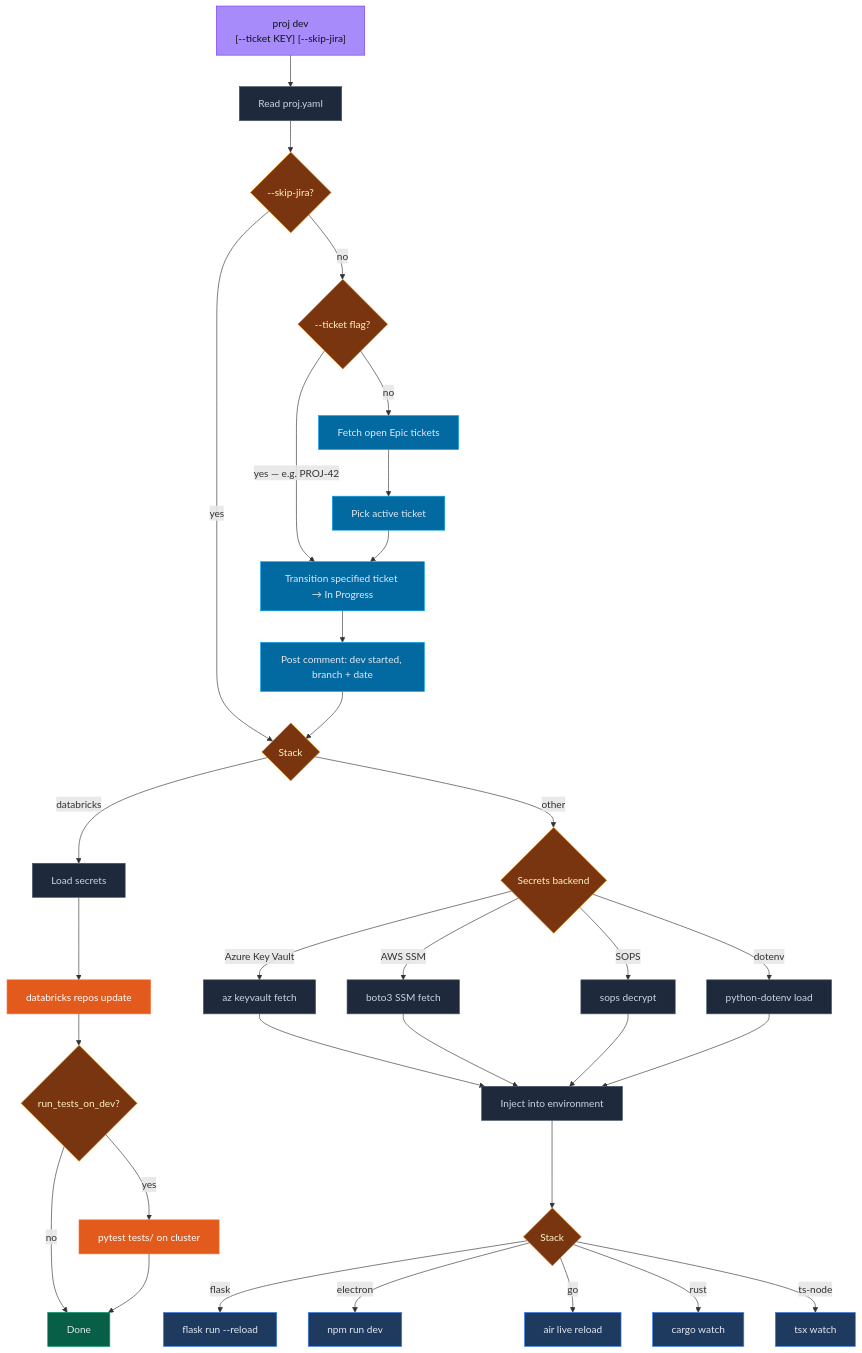
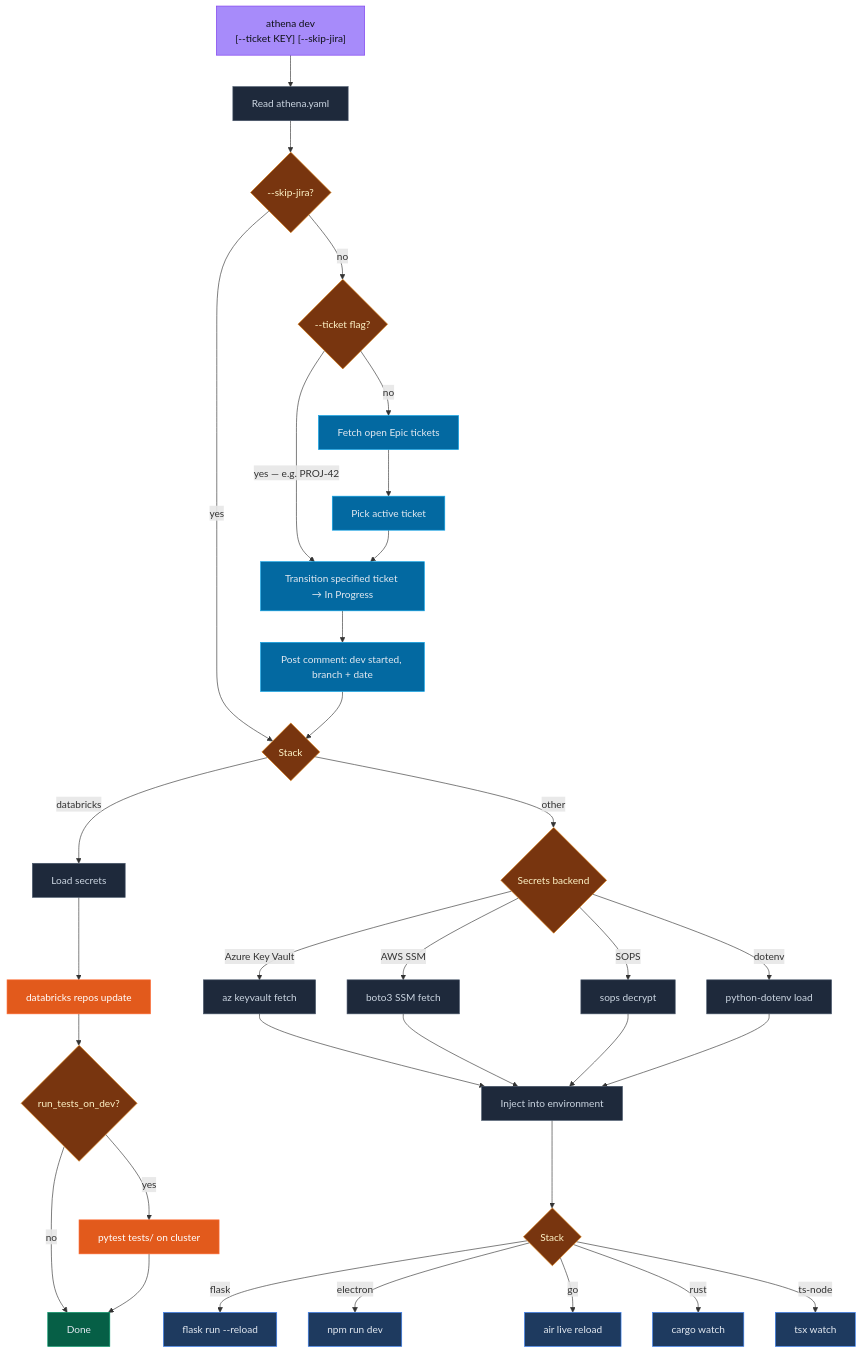
Before and after one commit to erosrage/Athena: the fourth of 7 diagrams in README.md, drawn with Mermaid. The commit also changed other lines of this file and 23 other files, not shown here.

````diff
--- a/README.md
+++ b/README.md
@@ -125,40 +125,40 @@
 ```mermaid
 flowchart TD
-    A["proj dev\n[--ticket KEY] [--skip-jira]"]:::entry
-    A --> B["Read proj.yaml"]:::action
+    A["athena dev\n[--ticket KEY] [--skip-jira]"]:::entry
+    A --> B["Read athena.yaml"]:::action
     B --> SJ{"--skip-jira?"}:::decision
     SJ -->|"yes"| ST
     SJ -->|"no"| TK{"--ticket flag?"}:::decision
     TK -->|"yes — e.g. PROJ-42"| JI["Transition specified ticket → In Progress"]:::jira
     TK -->|"no"| JT["Fetch open Epic tickets"]:::jira
     JT --> JP["Pick active ticket"]:::jira
     JP --> JI
     JI --> JIC["Post comment: dev started, branch + date"]:::jira
     JIC --> ST{"Stack"}:::decision
     ST -->|"databricks"| SEC2["Load secrets"]:::action
     SEC2 --> DB["databricks repos update"]:::dbx
     DB --> DBT{"run_tests_on_dev?"}:::decision
     DBT -->|"yes"| DBR["pytest tests/ on cluster"]:::dbx
     DBT -->|"no"| DBD["Done"]:::done
     DBR --> DBD
     ST -->|"other"| C{"Secrets backend"}:::decision
     C -->|"Azure Key Vault"| D1["az keyvault fetch"]:::action
     C -->|"AWS SSM"| D2["boto3 SSM fetch"]:::action
     C -->|"SOPS"| D3["sops decrypt"]:::action
     C -->|"dotenv"| D4["python-dotenv load"]:::action
     D1 & D2 & D3 & D4 --> E["Inject into environment"]:::action
     E --> F{"Stack"}:::decision
     F -->|"flask"| G1["flask run --reload"]:::run
     F -->|"electron"| G2["npm run dev"]:::run
     F -->|"go"| G3["air live reload"]:::run
     F -->|"rust"| G4["cargo watch"]:::run
     F -->|"ts-node"| G5["tsx watch"]:::run
     classDef entry fill:#a78bfa,stroke:#7c3aed,color:#0f1117
     classDef prompt fill:#0f4c75,stroke:#1b6ca8,color:#e2e8f0
     classDef action fill:#1e293b,stroke:#475569,color:#cbd5e1
     classDef decision fill:#78350f,stroke:#d97706,color:#fef3c7
     classDef run fill:#1e3a5f,stroke:#3b82f6,color:#e2e8f0
     classDef dbx fill:#e25a1c,stroke:#ff6b35,color:#fff
     classDef done fill:#065f46,stroke:#059669,color:#e2e8f0
     classDef jira fill:#0369a1,stroke:#0ea5e9,color:#e2e8f0
 ```
````
